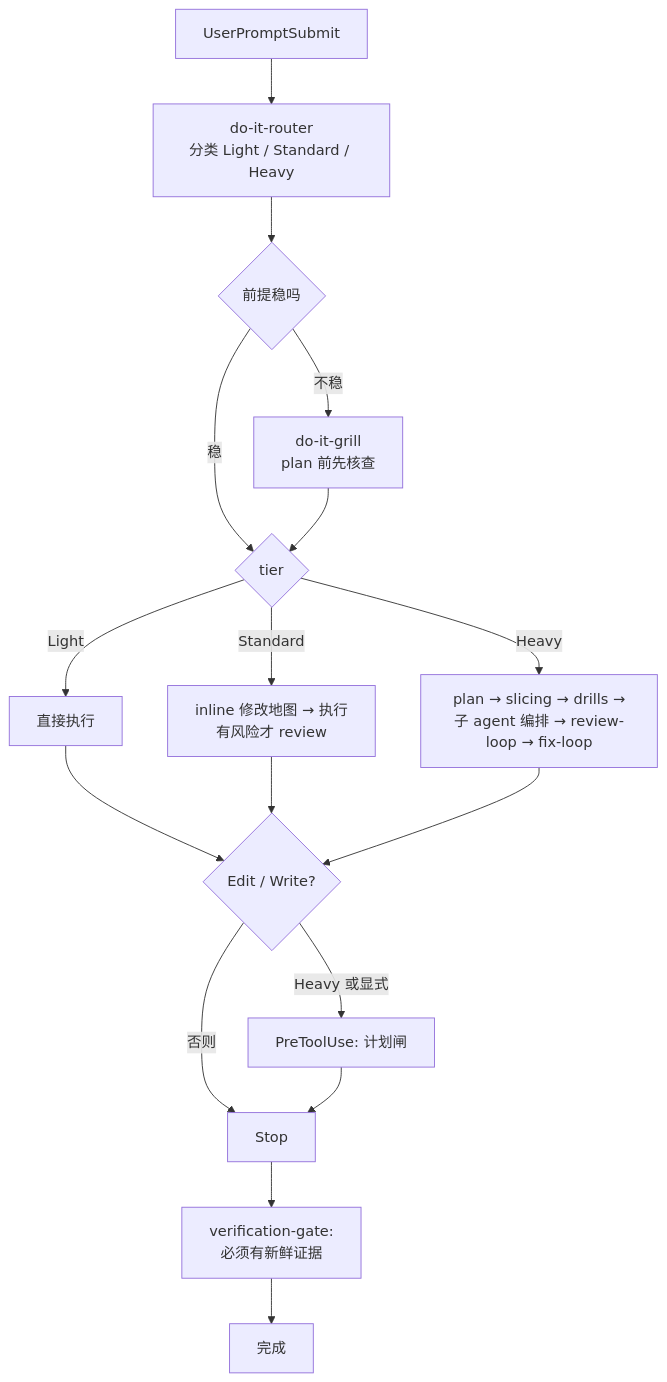
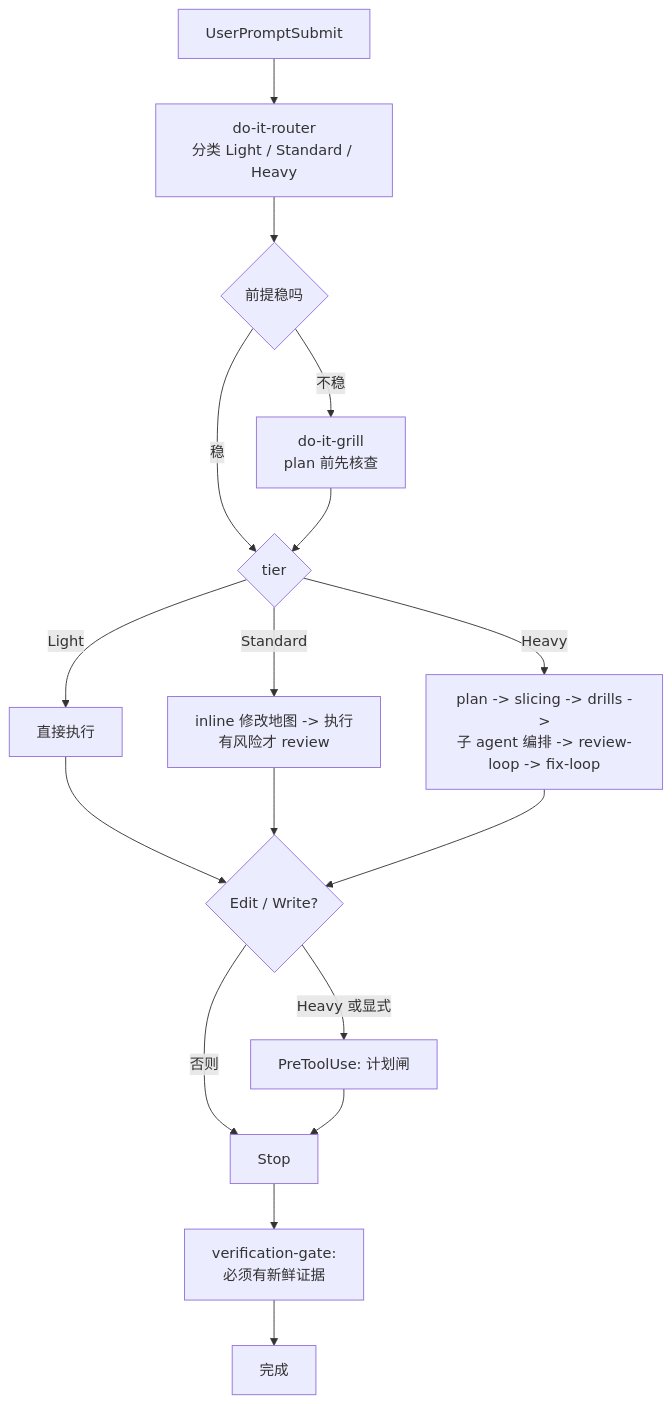
Before and after one commit to tdwhere123/do-it: the diagram in README.zh-CN.md, drawn with Mermaid. The commit also changed other lines of this file and 2 other files, not shown here.

````diff
--- a/README.zh-CN.md
+++ b/README.zh-CN.md
@@ -39,19 +111,19 @@
 ```mermaid
 flowchart TD
     P[UserPromptSubmit] --> R[do-it-router<br/>分类 Light / Standard / Heavy]
     R --> G{前提稳吗}
     G -- 不稳 --> GR[do-it-grill<br/>plan 前先核查]
     G -- 稳 --> T{tier}
     GR --> T
     T -- Light --> L[直接执行]
-    T -- Standard --> S[inline 修改地图 → 执行<br/>有风险才 review]
-    T -- Heavy --> H[plan → slicing → drills →<br/>子 agent 编排 → review-loop → fix-loop]
+    T -- Standard --> S[inline 修改地图 -> 执行<br/>有风险才 review]
+    T -- Heavy --> H[plan -> slicing -> drills -><br/>子 agent 编排 -> review-loop -> fix-loop]
     L --> PG{Edit / Write?}
     S --> PG
     H --> PG
     PG -- Heavy 或显式 --> PGY[PreToolUse: 计划闸]
     PG -- 否则 --> V[Stop]
     PGY --> V
     V --> VG[verification-gate:<br/>必须有新鲜证据]
     VG --> D[完成]
 ```
````
